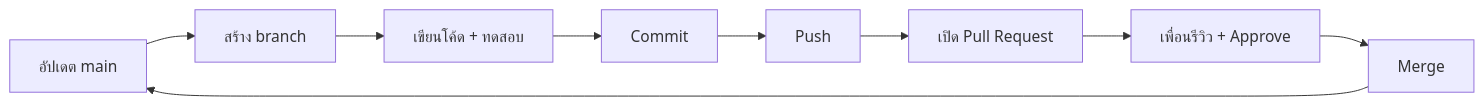
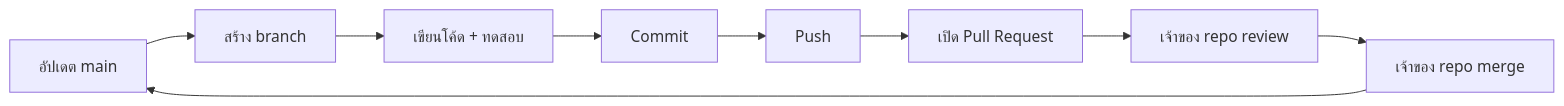
The diagram in docs/03-workflow.md (ZoFirsT/ChuayNoi), drawn with Mermaid before and after one commit. The commit also changed other lines of this file and 9 other files, not shown here.

````diff
--- a/docs/03-workflow.md
+++ b/docs/03-workflow.md
@@ -37,11 +37,11 @@
 ```mermaid
 flowchart LR
     A["อัปเดต main"] --> B["สร้าง branch"]
     B --> C["เขียนโค้ด + ทดสอบ"]
     C --> D["Commit"]
     D --> E["Push"]
     E --> F["เปิด Pull Request"]
-    F --> G["เพื่อนรีวิว + Approve"]
-    G --> H["Merge"]
+    F --> G["เจ้าของ repo review"]
+    G --> H["เจ้าของ repo merge"]
     H --> A
 ```
````
